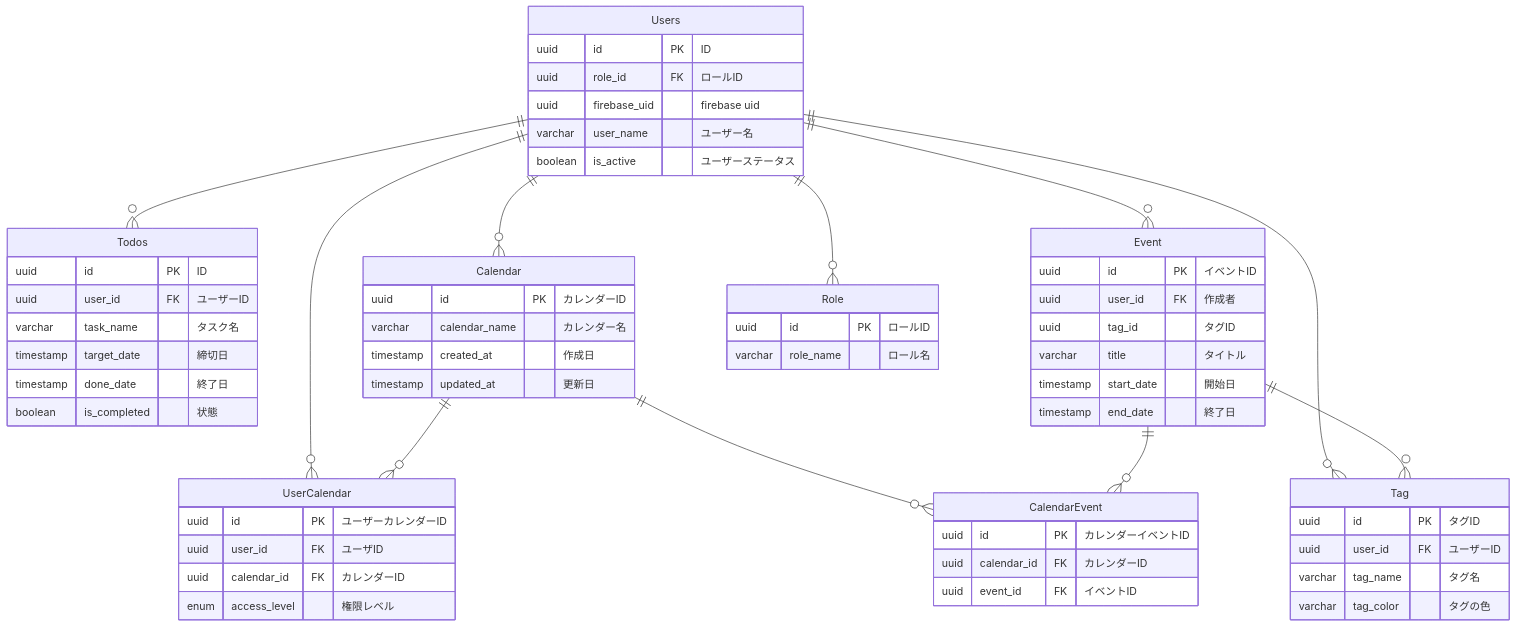
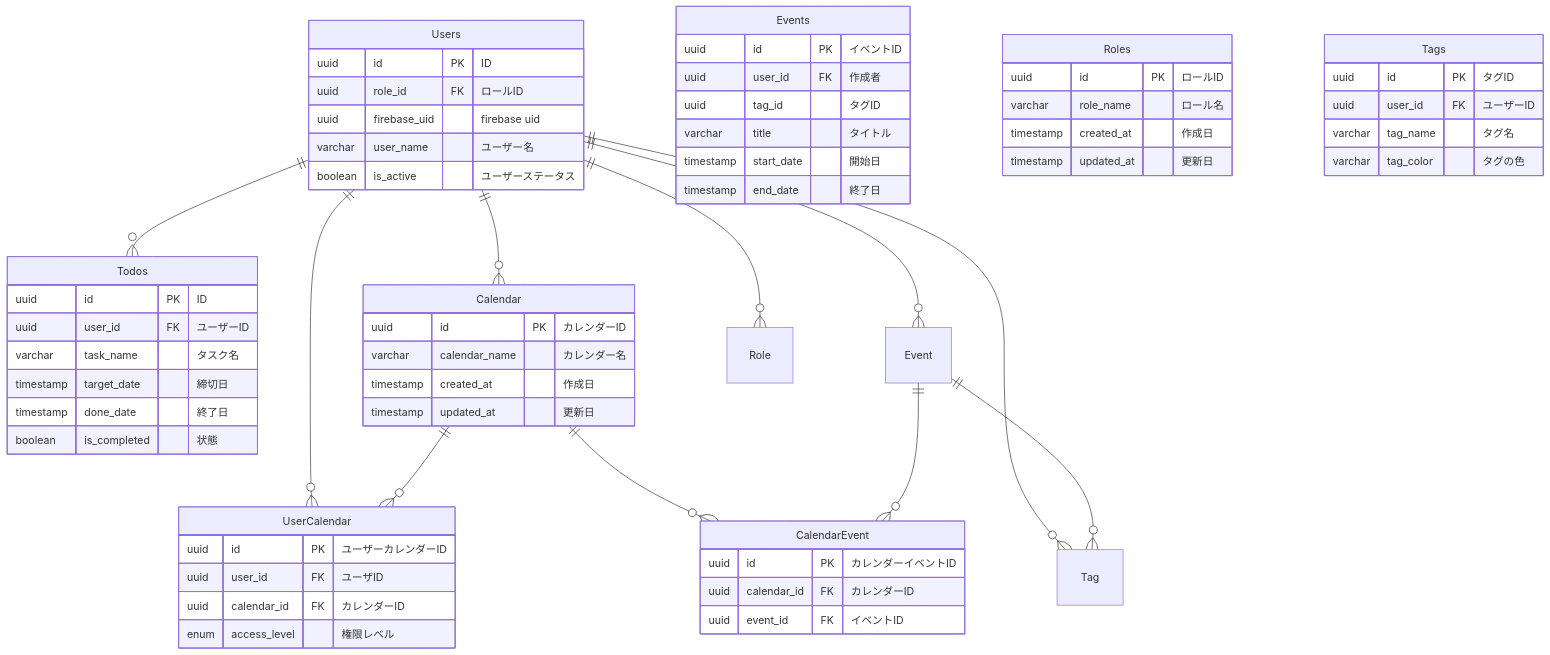
One commit to km1110/task-copilot-server changed the diagram in docs/db.md. Above: the diagram before and after it, drawn with Mermaid. The commit also changed 2 other files, not shown here.

Commit message:
style: :memo: update small change

````diff
--- a/docs/db.md
+++ b/docs/db.md
@@ -3,78 +3,80 @@
 ```mermaid
 ---
 title: ""
 ---
 erDiagram
     Users ||--o{ Todos  : ""
     Users ||--o{ Calendar  : ""
     Users ||--o{ Event  : ""
     Users ||--o{ Role  : ""
     Users ||--o{ Tag  : ""
     Users ||--o{ UserCalendar  : ""
 
     Calendar ||--o{ UserCalendar : ""
     Calendar ||--o{ CalendarEvent : ""
 
     Event ||--o{ Tag : ""
     Event ||--o{ CalendarEvent : ""
 
 
     Users {
       uuid id PK "ID"
       uuid role_id FK "ロールID"
       uuid firebase_uid "firebase uid"
       varchar user_name "ユーザー名"
       boolean is_active "ユーザーステータス"
     }
 
     Todos {
       uuid id PK "ID"
       uuid user_id FK "ユーザーID"
       varchar task_name "タスク名"
       timestamp target_date "締切日"
       timestamp done_date "終了日"
       boolean is_completed "状態"
     }
 
     Calendar {
       uuid id PK "カレンダーID"
       varchar calendar_name "カレンダー名"
       timestamp created_at "作成日"
       timestamp updated_at "更新日"
     }
 
-    Event {
+    Events {
       uuid id PK "イベントID"
       uuid user_id FK "作成者"
       uuid tag_id "タグID"
       varchar title "タイトル"
       timestamp start_date "開始日"
       timestamp end_date "終了日"
     }
 
-    Role {
+    Roles {
       uuid id PK "ロールID"
       varchar role_name "ロール名"
+      timestamp created_at "作成日"
+      timestamp updated_at "更新日"
     }
 
-    Tag {
+    Tags {
       uuid id PK "タグID"
       uuid user_id FK "ユーザーID"
       varchar tag_name "タグ名"
       varchar tag_color "タグの色"
     }
 
     UserCalendar {
       uuid id PK "ユーザーカレンダーID"
       uuid user_id FK "ユーザID"
       uuid calendar_id FK "カレンダーID"
       enum access_level "権限レベル"
     }
 
     CalendarEvent {
       uuid id PK "カレンダーイベントID"
       uuid calendar_id FK "カレンダーID"
       uuid event_id FK "イベントID"
     }
 
 ```
````
